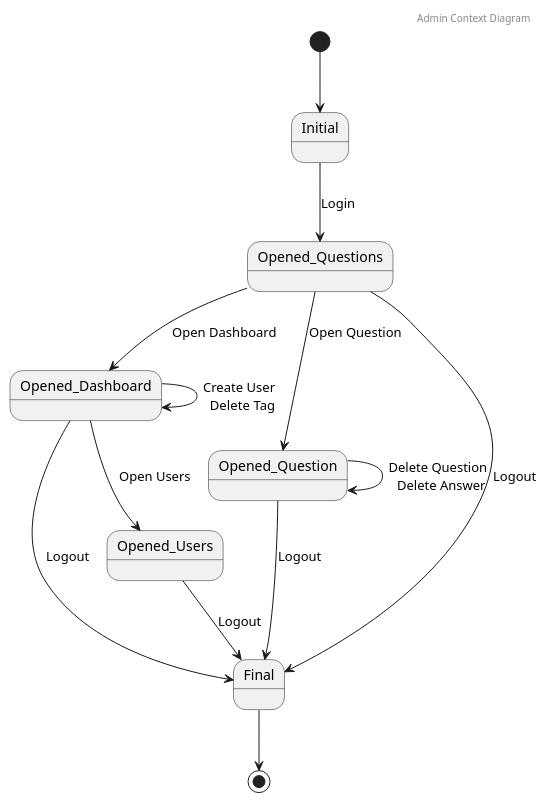
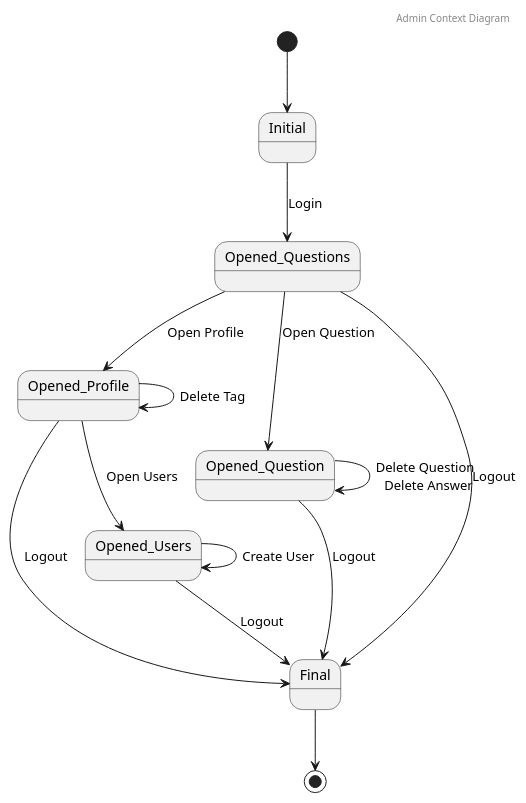
One commit to rafaelacirino/miw-backend-foro changed the diagram in src/main/resources/templates/useCases/contextDiagramAdmin.plantuml. Above: the diagram before and after it, drawn with PlantUML. The commit also changed 9 other files, not shown here.

Commit message:
update diagrams

```diff
--- a/src/main/resources/templates/useCases/contextDiagramAdmin.plantuml
+++ b/src/main/resources/templates/useCases/contextDiagramAdmin.plantuml
@@ -1,22 +1,23 @@
 @startuml
 
 header Admin Context Diagram
 
 [*] --> Initial
 
 Initial --> Opened_Questions: Login
 
-Opened_Questions --> Opened_Dashboard : Open Dashboard
+Opened_Questions --> Opened_Profile : Open Profile
 Opened_Questions --> Opened_Question : Open Question
 Opened_Question --> Opened_Question : Delete Question \n Delete Answer
 Opened_Questions --> Final : Logout
 Opened_Question --> Final : Logout
 
-Opened_Dashboard --> Opened_Dashboard : Create User \n Delete Tag
-Opened_Dashboard --> Opened_Users : Open Users
-Opened_Dashboard --> Final : Logout
+Opened_Profile --> Opened_Profile : Delete Tag
+Opened_Profile --> Opened_Users : Open Users
+Opened_Users --> Opened_Users : Create User
+Opened_Profile --> Final : Logout
 Opened_Users--> Final : Logout
 
 Final --> [*]
 
 @enduml
```
